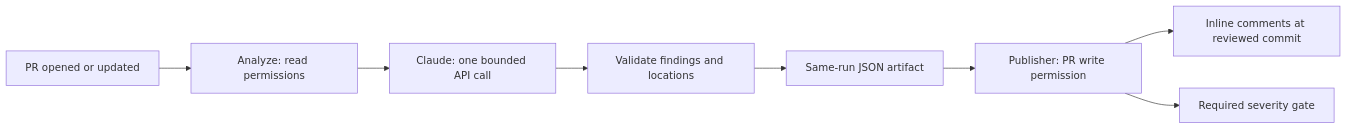
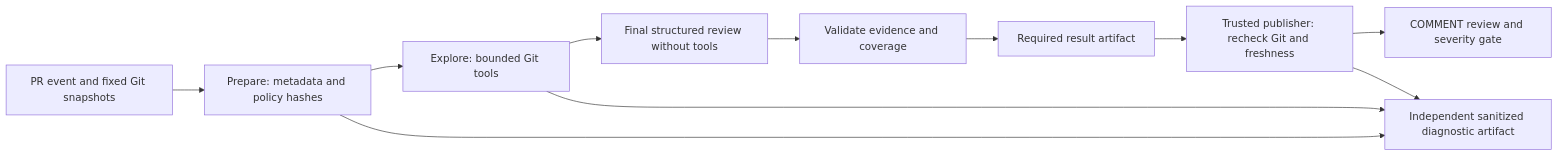
One commit to YKalcheuskaya/claude-pr-review changed the diagram in README.md. Above: the diagram before and after it, drawn with Mermaid. The commit also changed other lines of this file and 50 other files, not shown here.

Commit message:
Implement bounded contextual PR review v2 with diagnostics and evaluation

````diff
--- a/README.md
+++ b/README.md
@@ -20,10 +9,13 @@
 ```mermaid
 flowchart LR
-  PR[PR opened or updated] --> A[Analyze: read permissions]
-  A --> C[Claude: one bounded API call]
-  C --> V[Validate findings and locations]
-  V --> R[Same-run JSON artifact]
-  R --> P[Publisher: PR write permission]
-  P --> I[Inline comments at reviewed commit]
-  P --> G[Required severity gate]
+  PR[PR event and fixed Git snapshots] --> A[Prepare: metadata and policy hashes]
+  A --> T[Explore: bounded Git tools]
+  T --> M[Final structured review without tools]
+  M --> V[Validate evidence and coverage]
+  V --> R[Required result artifact]
+  R --> P[Trusted publisher: recheck Git and freshness]
+  P --> G[COMMENT review and severity gate]
+  A --> D[Independent sanitized diagnostic artifact]
+  T --> D
+  P --> D
 ```
````
